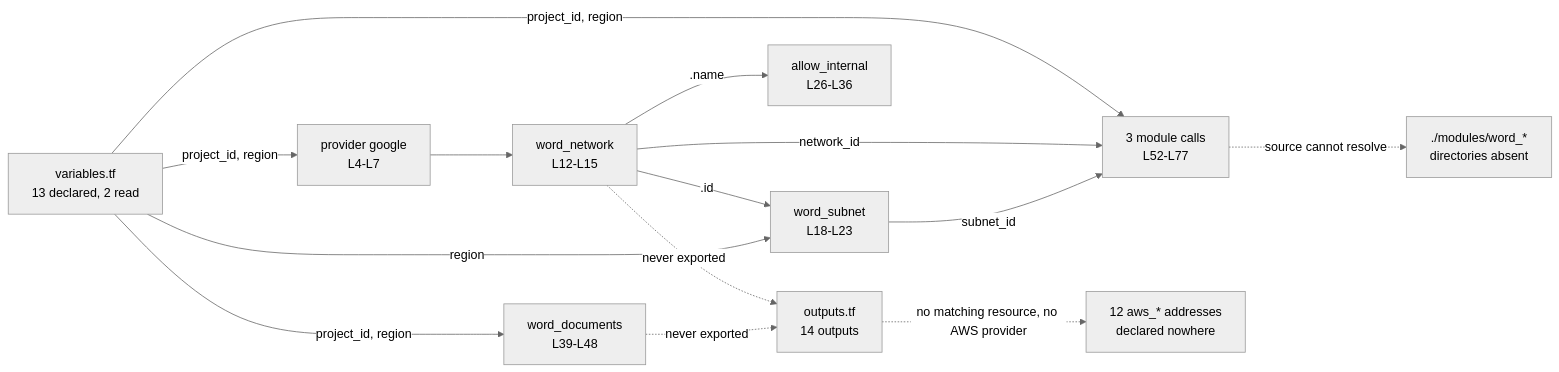
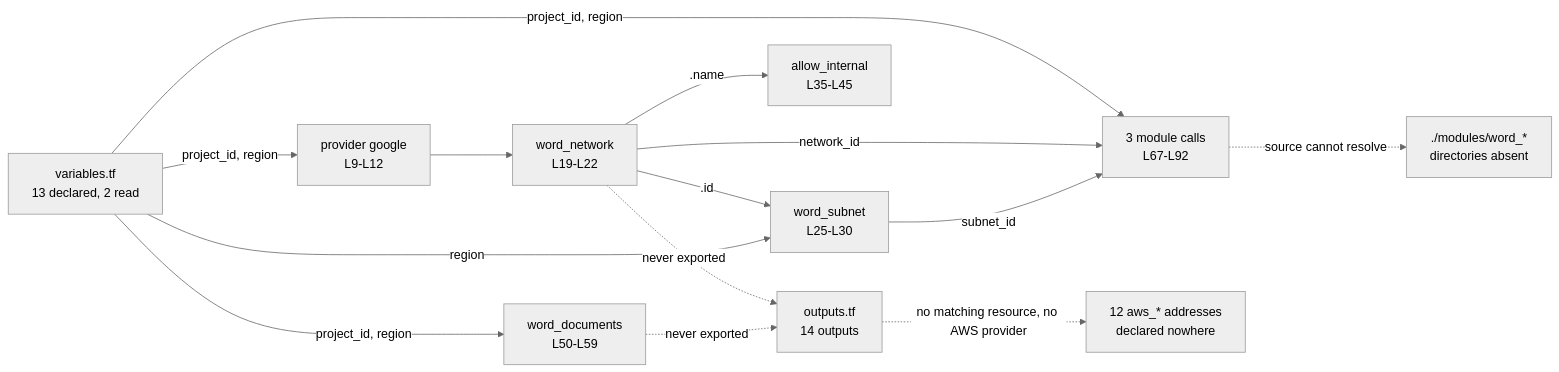
The diagram in infrastructure/terraform/README.md (blitzy-public-samples/microsoft-word-u33ko0), drawn with Mermaid (neutral theme) before and after one commit. The commit also changed other lines of this file and 53 other files, not shown here.

````diff
--- a/infrastructure/terraform/README.md
+++ b/infrastructure/terraform/README.md
@@ -137,29 +136,29 @@
 ```mermaid
 graph LR
     VARS["variables.tf<br/>13 declared, 2 read"]
-    PROV["provider google<br/>L4-L7"]
-    NET["word_network<br/>L12-L15"]
-    SUB["word_subnet<br/>L18-L23"]
-    FW["allow_internal<br/>L26-L36"]
-    BUCKET["word_documents<br/>L39-L48"]
-    MODS["3 module calls<br/>L52-L77"]
+    PROV["provider google<br/>L9-L12"]
+    NET["word_network<br/>L19-L22"]
+    SUB["word_subnet<br/>L25-L30"]
+    FW["allow_internal<br/>L35-L45"]
+    BUCKET["word_documents<br/>L50-L59"]
+    MODS["3 module calls<br/>L67-L92"]
     SRC["./modules/word_*<br/>directories absent"]
     OUT["outputs.tf<br/>14 outputs"]
     AWSR["12 aws_* addresses<br/>declared nowhere"]
 
     VARS -->|"project_id, region"| PROV
     PROV --> NET
     NET -->|".id"| SUB
     NET -->|".name"| FW
     VARS -->|"region"| SUB
     VARS -->|"project_id, region"| BUCKET
     VARS -->|"project_id, region"| MODS
     NET -->|"network_id"| MODS
     SUB -->|"subnet_id"| MODS
     MODS -.->|"source cannot resolve"| SRC
     OUT -.->|"no matching resource, no AWS provider"| AWSR
     NET -.->|"never exported"| OUT
     BUCKET -.->|"never exported"| OUT
 
 %% Solid edges resolve. Dashed edges are relationships Terraform cannot resolve.
 ```
````
